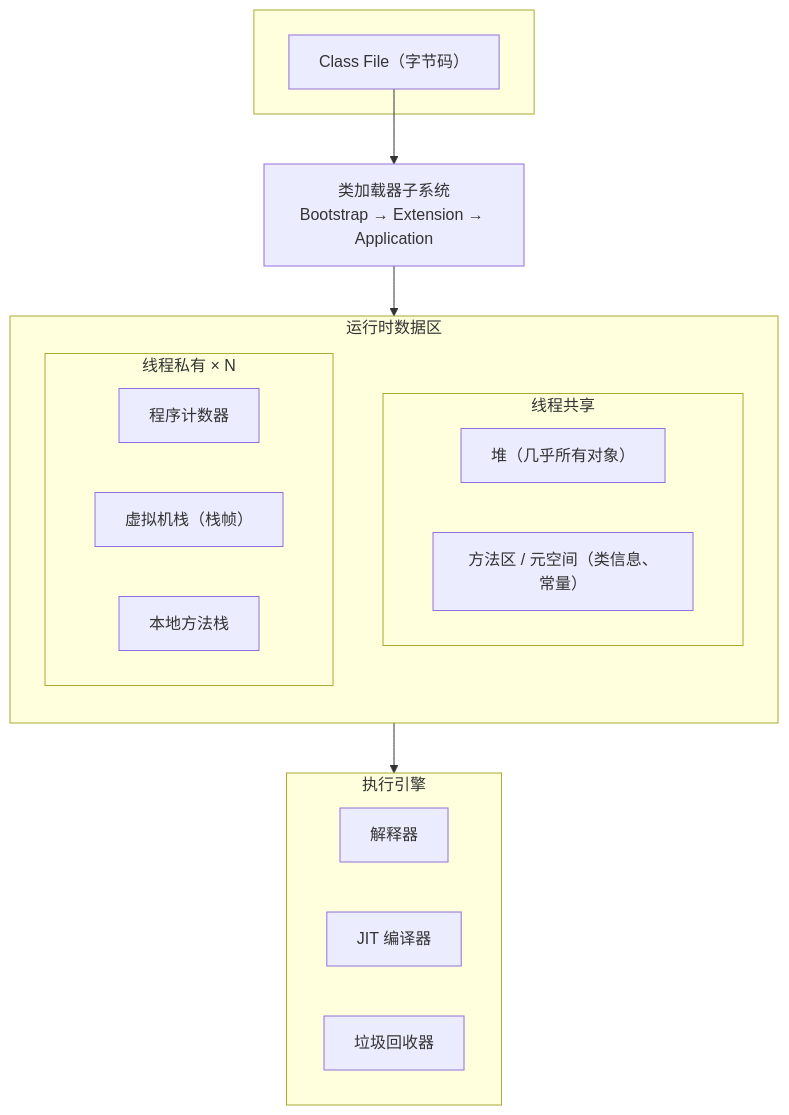
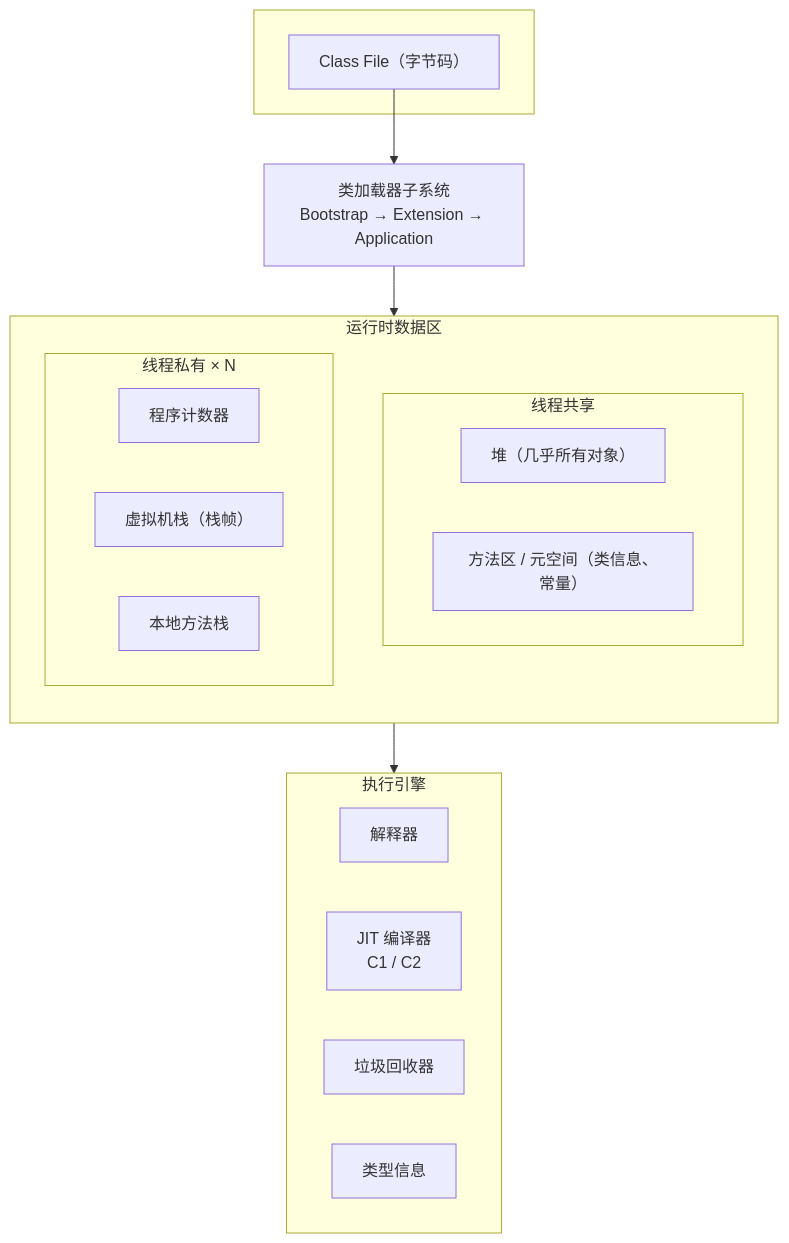
One commit to coolzhul/java-fullstack-knowledge changed the first of 11 diagrams in src/java-advanced/jvm.md. Above: the diagram before and after it, drawn with Mermaid. The commit also changed other lines of this file and 2 other files, not shown here.

````diff
--- a/src/java-advanced/jvm.md
+++ b/src/java-advanced/jvm.md
@@ -19,28 +19,29 @@
 ```mermaid
 graph TD
     subgraph input[" "]
         CF["Class File（字节码）"]
     end
     CF --> CL["类加载器子系统<br/>Bootstrap → Extension → Application"]
     CL --> RD["运行时数据区"]
 
     subgraph RD["运行时数据区"]
         direction TB
         subgraph shared["线程共享"]
             Heap["堆（几乎所有对象）"]
             Method["方法区 / 元空间（类信息、常量）"]
         end
         subgraph private["线程私有 × N"]
             PC["程序计数器"]
             Stack["虚拟机栈（栈帧）"]
             Native["本地方法栈"]
         end
     end
 
     RD --> Engine["执行引擎"]
     subgraph Engine["执行引擎"]
         Interpreter["解释器"]
-        JIT["JIT 编译器"]
+        JIT["JIT 编译器<br/>C1 / C2"]
         GC["垃圾回收器"]
+        TI["类型信息"]
     end
 ```
````
